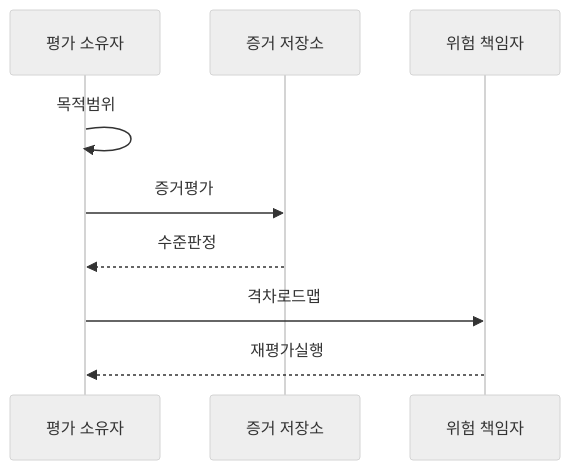
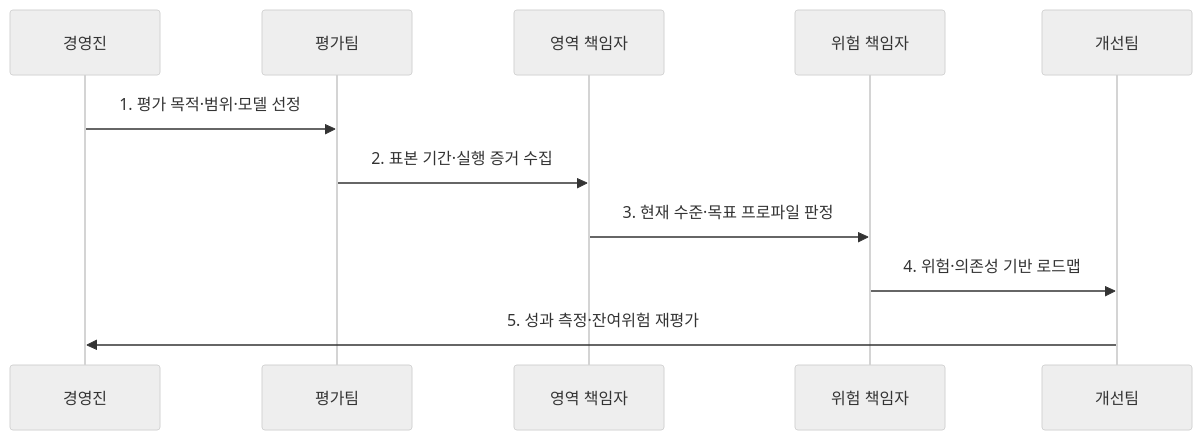
Before and after one commit to agnusdei1207/knowledge-base: the second of 2 diagrams in src/content/docs/notes/05-security/147_security_maturity_model.md, drawn with Mermaid (neutral theme). The commit also changed other lines of this file and 3 other files, not shown here.

````diff
--- a/src/content/docs/notes/05-security/147_security_maturity_model.md
+++ b/src/content/docs/notes/05-security/147_security_maturity_model.md
@@ -83,11 +79,13 @@
 ```mermaid
 sequenceDiagram
-    participant O as 평가 소유자
-    participant E as 증거 저장소
-    participant R as 위험 책임자
-    O->>O: 목적범위
-    O->>E: 증거평가
-    E-->>O: 수준판정
-    O->>R: 격차로드맵
-    R-->>O: 재평가실행
+  participant M as 경영진
+  participant A as 평가팀
+  participant O as 영역 책임자
+  participant R as 위험 책임자
+  participant I as 개선팀
+  M->>A: 1. 평가 목적·범위·모델 선정
+  A->>O: 2. 표본 기간·실행 증거 수집
+  O->>R: 3. 현재 수준·목표 프로파일 판정
+  R->>I: 4. 위험·의존성 기반 로드맵
+  I->>M: 5. 성과 측정·잔여위험 재평가
 ```
````
